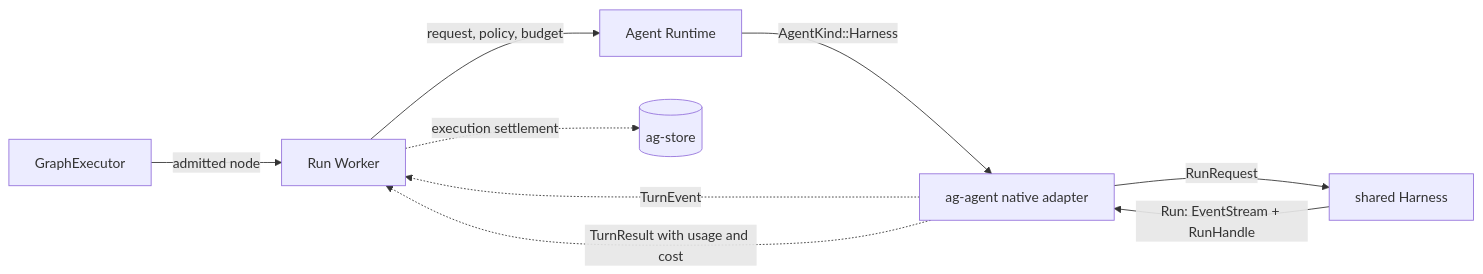
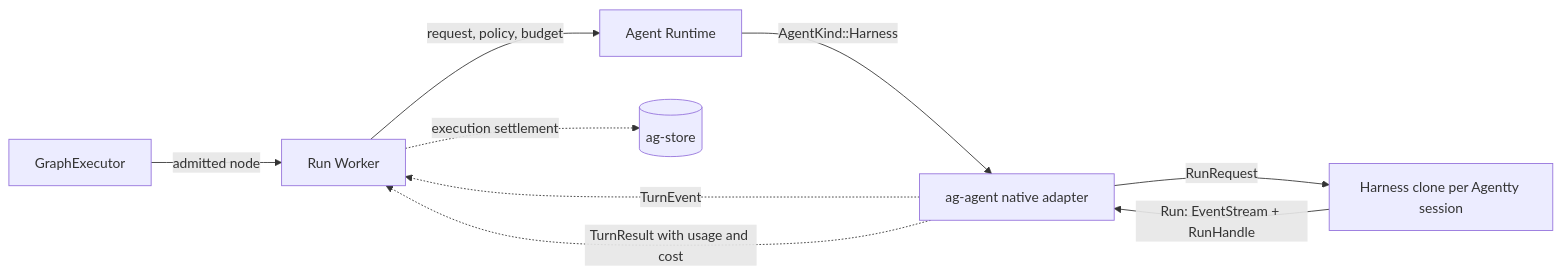
One commit to agentty-xyz/agentty changed the first of 2 diagrams in docs/site/content/docs/architecture/harness-graph-integration.md. Above: the diagram before and after it, drawn with Mermaid. The commit also changed other lines of this file, not shown here.

First line of the commit message:
Address review feedback on the harness graph integration design

````diff
--- a/docs/site/content/docs/architecture/harness-graph-integration.md
+++ b/docs/site/content/docs/architecture/harness-graph-integration.md
@@ -41,11 +41,11 @@
 ```mermaid
 flowchart LR
   G[GraphExecutor] -->|admitted node| W[Run Worker]
   W -->|request, policy, budget| R[Agent Runtime]
   R -->|AgentKind::Harness| A[ag-agent native adapter]
-  A -->|RunRequest| H[shared Harness]
+  A -->|RunRequest| H[Harness clone per Agentty session]
   H -->|Run: EventStream + RunHandle| A
   A -.->|TurnEvent| W
   A -.->|TurnResult with usage and cost| W
   W -.->|execution settlement| S[(ag-store)]
 ```
````
